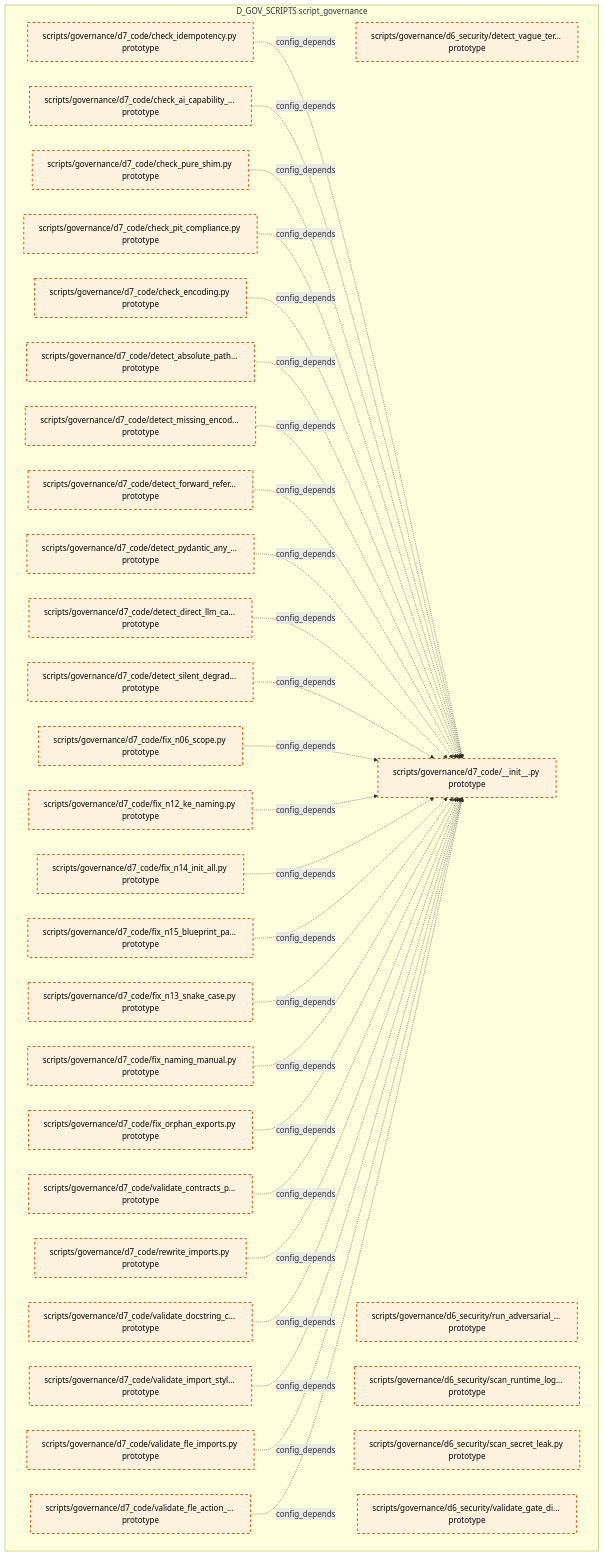
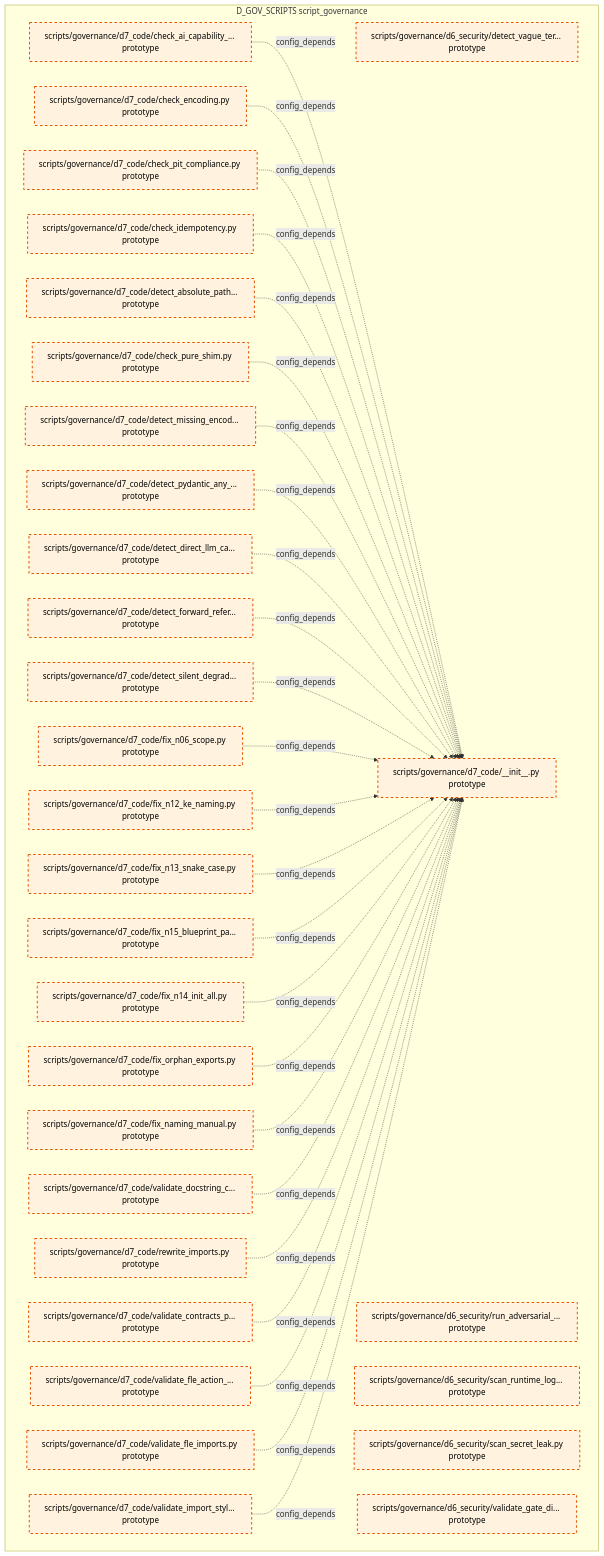
Before and after one commit to xuanFelixVan/ZephyrAlpha: the tenth of 15 diagrams in docs/02_enterprise_architecture/02_domain_architecture_docs/36_d_gov_scripts.md, drawn with Mermaid. The commit also changed other lines of this file and 99 other files, not shown here.

````diff
--- a/docs/02_enterprise_architecture/02_domain_architecture_docs/36_d_gov_scripts.md
+++ b/docs/02_enterprise_architecture/02_domain_architecture_docs/36_d_gov_scripts.md
@@ -694,64 +694,64 @@
 ```mermaid
 graph TD
     subgraph D_GOV_SCRIPTS["D_GOV_SCRIPTS script_governance"]
         scripts_governance_d6_security_detect_vague_terms_py["scripts/governance/d6_security/detect_vague_ter... prototype"]
         scripts_governance_d6_security_run_adversarial_checks_py["scripts/governance/d6_security/run_adversarial_... prototype"]
         scripts_governance_d6_security_scan_runtime_log_secrets_py["scripts/governance/d6_security/scan_runtime_log... prototype"]
         scripts_governance_d6_security_scan_secret_leak_py["scripts/governance/d6_security/scan_secret_leak.py prototype"]
         scripts_governance_d6_security_validate_gate_discipline_py["scripts/governance/d6_security/validate_gate_di... prototype"]
         scripts_governance_d7_code_init_py["scripts/governance/d7_code/__init__.py prototype"]
         scripts_governance_d7_code_check_ai_capability_boundary_py["scripts/governance/d7_code/check_ai_capability_... prototype"]
         scripts_governance_d7_code_check_encoding_py["scripts/governance/d7_code/check_encoding.py prototype"]
         scripts_governance_d7_code_check_idempotency_py["scripts/governance/d7_code/check_idempotency.py prototype"]
         scripts_governance_d7_code_check_pit_compliance_py["scripts/governance/d7_code/check_pit_compliance.py prototype"]
         scripts_governance_d7_code_check_pure_shim_py["scripts/governance/d7_code/check_pure_shim.py prototype"]
         scripts_governance_d7_code_detect_absolute_path_hardcoding_py["scripts/governance/d7_code/detect_absolute_path... prototype"]
         scripts_governance_d7_code_detect_direct_llm_calls_py["scripts/governance/d7_code/detect_direct_llm_ca... prototype"]
         scripts_governance_d7_code_detect_forward_reference_py["scripts/governance/d7_code/detect_forward_refer... prototype"]
         scripts_governance_d7_code_detect_missing_encoding_py["scripts/governance/d7_code/detect_missing_encod... prototype"]
         scripts_governance_d7_code_detect_pydantic_any_fields_py["scripts/governance/d7_code/detect_pydantic_any_... prototype"]
         scripts_governance_d7_code_detect_silent_degradation_py["scripts/governance/d7_code/detect_silent_degrad... prototype"]
         scripts_governance_d7_code_fix_n06_scope_py["scripts/governance/d7_code/fix_n06_scope.py prototype"]
         scripts_governance_d7_code_fix_n12_ke_naming_py["scripts/governance/d7_code/fix_n12_ke_naming.py prototype"]
         scripts_governance_d7_code_fix_n13_snake_case_py["scripts/governance/d7_code/fix_n13_snake_case.py prototype"]
         scripts_governance_d7_code_fix_n14_init_all_py["scripts/governance/d7_code/fix_n14_init_all.py prototype"]
         scripts_governance_d7_code_fix_n15_blueprint_path_py["scripts/governance/d7_code/fix_n15_blueprint_pa... prototype"]
         scripts_governance_d7_code_fix_naming_manual_py["scripts/governance/d7_code/fix_naming_manual.py prototype"]
         scripts_governance_d7_code_fix_orphan_exports_py["scripts/governance/d7_code/fix_orphan_exports.py prototype"]
         scripts_governance_d7_code_rewrite_imports_py["scripts/governance/d7_code/rewrite_imports.py prototype"]
         scripts_governance_d7_code_validate_contracts_purity_py["scripts/governance/d7_code/validate_contracts_p... prototype"]
         scripts_governance_d7_code_validate_docstring_coverage_py["scripts/governance/d7_code/validate_docstring_c... prototype"]
         scripts_governance_d7_code_validate_fle_action_metadata_py["scripts/governance/d7_code/validate_fle_action_... prototype"]
         scripts_governance_d7_code_validate_fle_imports_py["scripts/governance/d7_code/validate_fle_imports.py prototype"]
         scripts_governance_d7_code_validate_import_style_py["scripts/governance/d7_code/validate_import_styl... prototype"]
     end
+    scripts_governance_d7_code_check_ai_capability_boundary_py -.->|config_depends| scripts_governance_d7_code_init_py
+    scripts_governance_d7_code_check_encoding_py -.->|config_depends| scripts_governance_d7_code_init_py
+    scripts_governance_d7_code_check_pit_compliance_py -.->|config_depends| scripts_governance_d7_code_init_py
     scripts_governance_d7_code_check_idempotency_py -.->|config_depends| scripts_governance_d7_code_init_py
-    scripts_governance_d7_code_check_ai_capability_boundary_py -.->|config_depends| scripts_governance_d7_code_init_py
+    scripts_governance_d7_code_detect_absolute_path_hardcoding_py -.->|config_depends| scripts_governance_d7_code_init_py
     scripts_governance_d7_code_check_pure_shim_py -.->|config_depends| scripts_governance_d7_code_init_py
-    scripts_governance_d7_code_check_pit_compliance_py -.->|config_depends| scripts_governance_d7_code_init_py
-    scripts_governance_d7_code_check_encoding_py -.->|config_depends| scripts_governance_d7_code_init_py
-    scripts_governance_d7_code_detect_absolute_path_hardcoding_py -.->|config_depends| scripts_governance_d7_code_init_py
     scripts_governance_d7_code_detect_missing_encoding_py -.->|config_depends| scripts_governance_d7_code_init_py
-    scripts_governance_d7_code_detect_forward_reference_py -.->|config_depends| scripts_governance_d7_code_init_py
     scripts_governance_d7_code_detect_pydantic_any_fields_py -.->|config_depends| scripts_governance_d7_code_init_py
     scripts_governance_d7_code_detect_direct_llm_calls_py -.->|config_depends| scripts_governance_d7_code_init_py
+    scripts_governance_d7_code_detect_forward_reference_py -.->|config_depends| scripts_governance_d7_code_init_py
     scripts_governance_d7_code_detect_silent_degradation_py -.->|config_depends| scripts_governance_d7_code_init_py
     scripts_governance_d7_code_fix_n06_scope_py -.->|config_depends| scripts_governance_d7_code_init_py
     scripts_governance_d7_code_fix_n12_ke_naming_py -.->|config_depends| scripts_governance_d7_code_init_py
+    scripts_governance_d7_code_fix_n13_snake_case_py -.->|config_depends| scripts_governance_d7_code_init_py
+    scripts_governance_d7_code_fix_n15_blueprint_path_py -.->|config_depends| scripts_governance_d7_code_init_py
     scripts_governance_d7_code_fix_n14_init_all_py -.->|config_depends| scripts_governance_d7_code_init_py
-    scripts_governance_d7_code_fix_n15_blueprint_path_py -.->|config_depends| scripts_governance_d7_code_init_py
-    scripts_governance_d7_code_fix_n13_snake_case_py -.->|config_depends| scripts_governance_d7_code_init_py
+    scripts_governance_d7_code_fix_orphan_exports_py -.->|config_depends| scripts_governance_d7_code_init_py
     scripts_governance_d7_code_fix_naming_manual_py -.->|config_depends| scripts_governance_d7_code_init_py
-    scripts_governance_d7_code_fix_orphan_exports_py -.->|config_depends| scripts_governance_d7_code_init_py
+    scripts_governance_d7_code_validate_docstring_coverage_py -.->|config_depends| scripts_governance_d7_code_init_py
+    scripts_governance_d7_code_rewrite_imports_py -.->|config_depends| scripts_governance_d7_code_init_py
     scripts_governance_d7_code_validate_contracts_purity_py -.->|config_depends| scripts_governance_d7_code_init_py
-    scripts_governance_d7_code_rewrite_imports_py -.->|config_depends| scripts_governance_d7_code_init_py
-    scripts_governance_d7_code_validate_docstring_coverage_py -.->|config_depends| scripts_governance_d7_code_init_py
+    scripts_governance_d7_code_validate_fle_action_metadata_py -.->|config_depends| scripts_governance_d7_code_init_py
+    scripts_governance_d7_code_validate_fle_imports_py -.->|config_depends| scripts_governance_d7_code_init_py
     scripts_governance_d7_code_validate_import_style_py -.->|config_depends| scripts_governance_d7_code_init_py
-    scripts_governance_d7_code_validate_fle_imports_py -.->|config_depends| scripts_governance_d7_code_init_py
-    scripts_governance_d7_code_validate_fle_action_metadata_py -.->|config_depends| scripts_governance_d7_code_init_py
     classDef production fill:#e1f5fe,stroke:#01579b,stroke-width:2px,color:#000
     classDef design fill:#fff3e0,stroke:#e65100,stroke-width:2px,color:#000,stroke-dasharray: 5 5
     classDef external_prod fill:#e8f5e9,stroke:#1b5e20,stroke-width:1px,color:#000
     classDef external_design fill:#fce4ec,stroke:#880e4f,stroke-width:1px,color:#000,stroke-dasharray: 5 5
     class scripts_governance_d6_security_detect_vague_terms_py,scripts_governance_d6_security_run_adversarial_checks_py,scripts_governance_d6_security_scan_runtime_log_secrets_py,scripts_governance_d6_security_scan_secret_leak_py,scripts_governance_d6_security_validate_gate_discipline_py,scripts_governance_d7_code_init_py,scripts_governance_d7_code_check_ai_capability_boundary_py,scripts_governance_d7_code_check_encoding_py,scripts_governance_d7_code_check_idempotency_py,scripts_governance_d7_code_check_pit_compliance_py,scripts_governance_d7_code_check_pure_shim_py,scripts_governance_d7_code_detect_absolute_path_hardcoding_py,scripts_governance_d7_code_detect_direct_llm_calls_py,scripts_governance_d7_code_detect_forward_reference_py,scripts_governance_d7_code_detect_missing_encoding_py,scripts_governance_d7_code_detect_pydantic_any_fields_py,scripts_governance_d7_code_detect_silent_degradation_py,scripts_governance_d7_code_fix_n06_scope_py,scripts_governance_d7_code_fix_n12_ke_naming_py,scripts_governance_d7_code_fix_n13_snake_case_py,scripts_governance_d7_code_fix_n14_init_all_py,scripts_governance_d7_code_fix_n15_blueprint_path_py,scripts_governance_d7_code_fix_naming_manual_py,scripts_governance_d7_code_fix_orphan_exports_py,scripts_governance_d7_code_rewrite_imports_py,scripts_governance_d7_code_validate_contracts_purity_py,scripts_governance_d7_code_validate_docstring_coverage_py,scripts_governance_d7_code_validate_fle_action_metadata_py,scripts_governance_d7_code_validate_fle_imports_py,scripts_governance_d7_code_validate_import_style_py design
 ```
````
